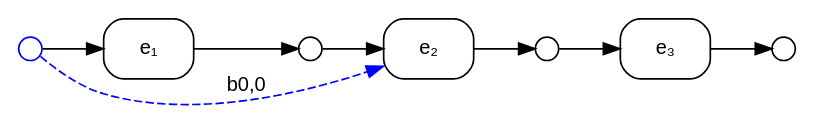
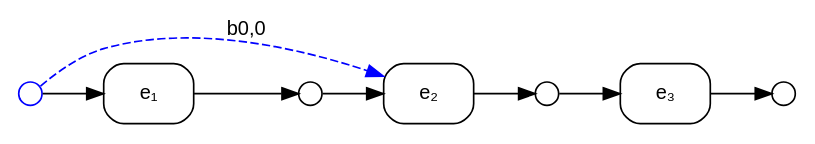
Before and after one commit to ammatsui/bhypvis: the diagram in safety_paper_safe.dot, drawn with Graphviz. The commit also changed other lines of this file and 996 other files, not shown here.

```diff
--- a/safety_paper_safe.dot
+++ b/safety_paper_safe.dot
@@ -1,29 +1,29 @@
 digraph G {
   fontname="Helvetica"
   fontsize=12
   rankdir=LR;
   node [fontname="Helvetica", fontsize=12];
   edge [fontname="Helvetica", fontsize=12];
 
   // Nodes
   n3 [label="", shape=circle, style=filled, fillcolor=white, color="black", width=0.2, height=0.2, fixedsize=true];
   n1 [label="", shape=circle, style=filled, fillcolor=white, color="black", width=0.2, height=0.2, fixedsize=true];
+  n0 [label="", shape=circle, style=filled, fillcolor=white, color="blue", width=0.2, height=0.2, fixedsize=true];
   n2 [label="", shape=circle, style=filled, fillcolor=white, color="black", width=0.2, height=0.2, fixedsize=true];
-  n0 [label="", shape=circle, style=filled, fillcolor=white, color="blue", width=0.2, height=0.2, fixedsize=true];
 
   // Hyperedges
+  e1 [label="e₂", shape=box, style=rounded, color="black"];
+  e2 [label="e₃", shape=box, style=rounded, color="black"];
   e0 [label="e₁", shape=box, style=rounded, color="black"];
-  e2 [label="e₃", shape=box, style=rounded, color="black"];
-  e1 [label="e₂", shape=box, style=rounded, color="black"];
 
   // Source connections
-  n0 -> e0 [label=""];
-  n2 -> e2 [label=""];
   n1 -> e1 [label=""];
   n0 -> e1 [style=dashed, color="blue", constraint=false, label="b0,0"];
+  n2 -> e2 [label=""];
+  n0 -> e0 [label=""];
 
   // Target connections
+  e1 -> n2 [label=""];
+  e2 -> n3 [label=""];
   e0 -> n1 [label=""];
-  e2 -> n3 [label=""];
-  e1 -> n2 [label=""];
 }
```
